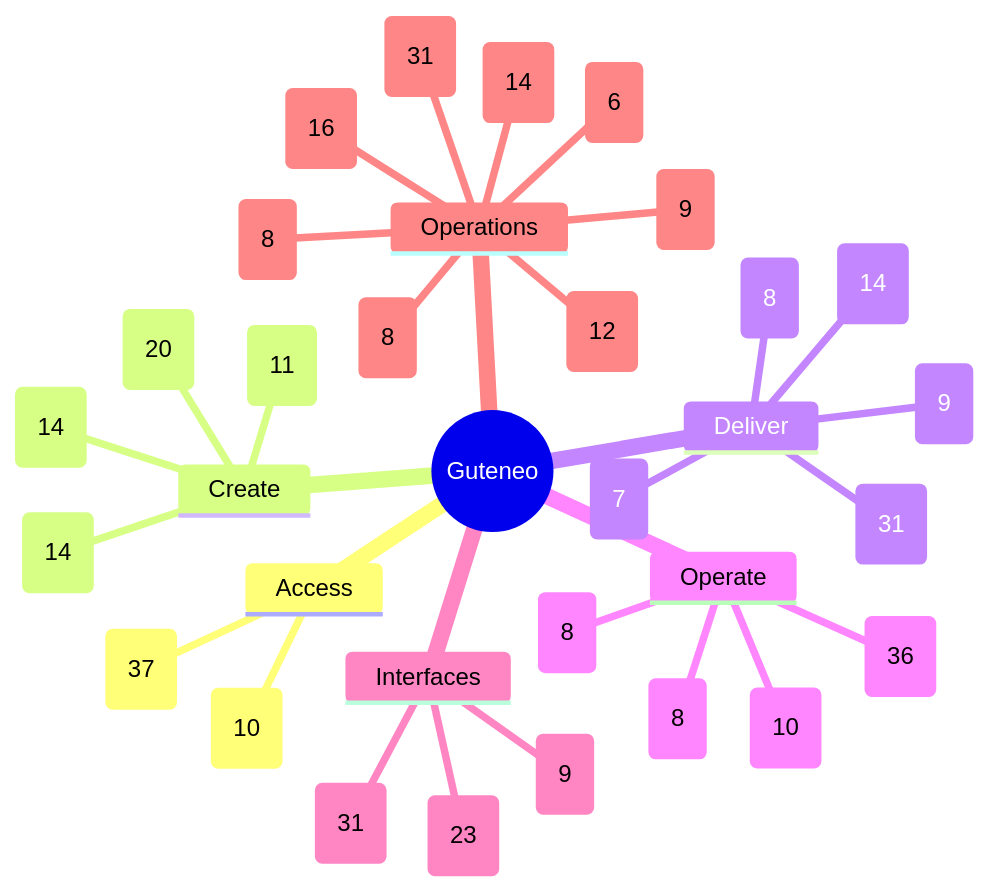
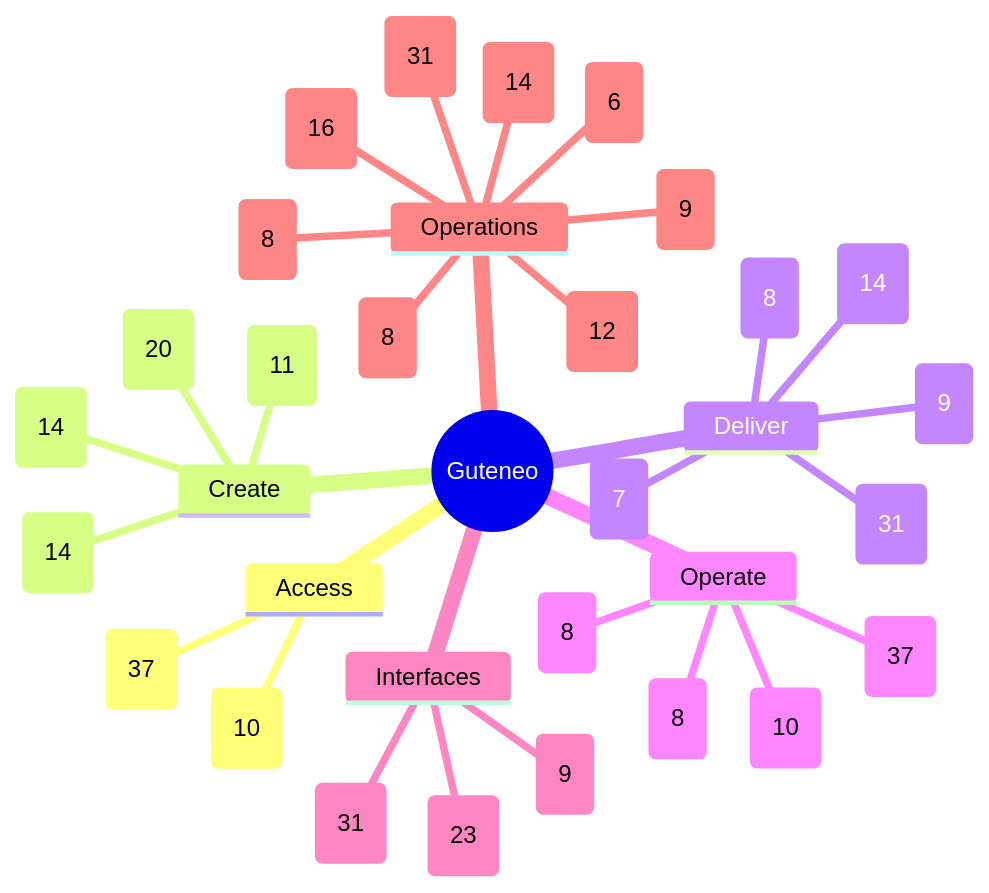
One commit to nclsppr/guteneo changed the diagram in docs/FEATURE_MAP.md. Above: the diagram before and after it, drawn with Mermaid. The commit also changed other lines of this file and 15 other files, not shown here.

````diff
--- a/docs/FEATURE_MAP.md
+++ b/docs/FEATURE_MAP.md
@@ -13,36 +13,36 @@
 ```mermaid
 mindmap
   root((Guteneo))
     Access
       Access and identity (37)
       Team and responsibilities (10)
     Create
       Documents and protection (20)
       Template studio (14)
       Data and mappings (11)
       PDF generation and distribution (14)
     Deliver
       Fax (9)
       Postal mail (8)
       Email and protected links (14)
       Sensitive distribution and personal documents (31)
       Dispatch dry run (7)
     Operate
       Campaigns and tracking (8)
       Credits and billing (8)
-      Workspace layout and browser appearance (36)
+      Workspace layout and browser appearance (37)
       PDF verification (10)
     Interfaces
       Assistants and API (31)
       iPhone and iPad (9)
       Public pages, languages and appearance (23)
     Operations
       Reviewer OAuth qualification (9)
       Operations and reliability (31)
       Belvédère platform oversight (14)
       Public service status (16)
       Engineering documentation (12)
       Codex Cloud development (8)
       Continuous reviewer preparation (6)
       Automatic fax tariff maintenance (8)
 ```
````
